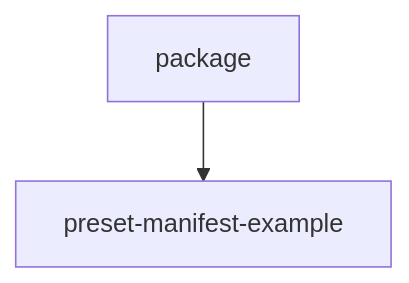
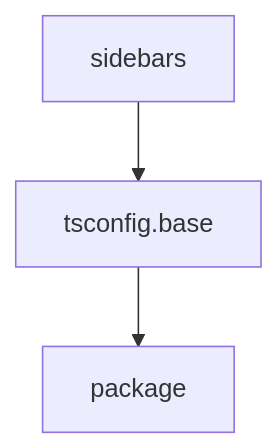
Before and after one commit to johnxie/awesome-code-docs: the diagram in tutorials/claude-code-router-tutorial/03-provider-configuration-and-transformer-strategy.md, drawn with Mermaid. The commit also changed other lines of this file and 104 other files, not shown here.

````diff
--- a/tutorials/claude-code-router-tutorial/03-provider-configuration-and-transformer-strategy.md
+++ b/tutorials/claude-code-router-tutorial/03-provider-configuration-and-transformer-strategy.md
@@ -140,6 +165,8 @@
 ```mermaid
 flowchart TD
-    A[package]
-    B[preset-manifest-example]
+    A[sidebars]
+    B[tsconfig.base]
+    C[package]
     A --> B
+    B --> C
 ```
````
